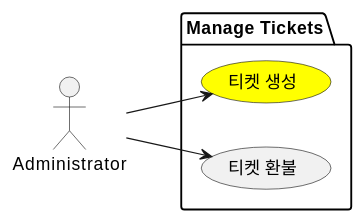
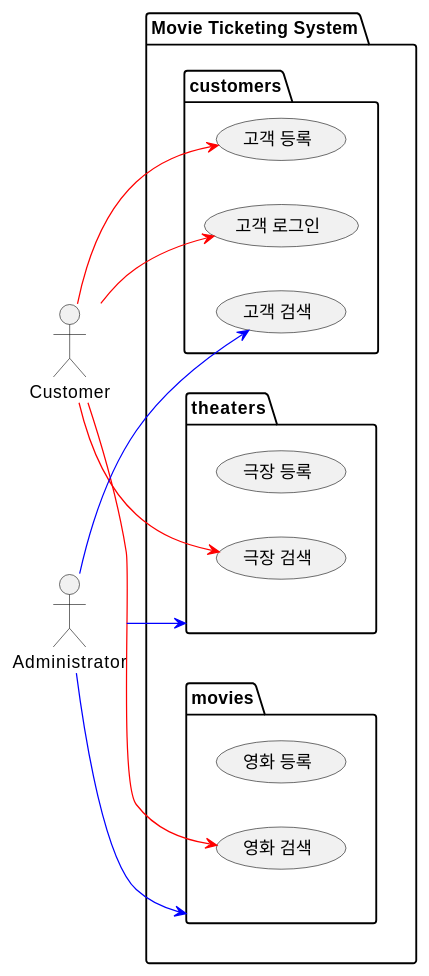
The second of 2 diagrams in docs/use-cases.md (mannercode/nest-seed), drawn with PlantUML before and after one commit. The commit also changed other lines of this file and 1 other file, not shown here.

````diff
--- a/docs/use-cases.md
+++ b/docs/use-cases.md
@@ -47,15 +55,37 @@
 ```plantuml
 @startuml
 left to right direction
 
+actor Customer
 actor Administrator
 
-package "Manage Tickets"{
-    usecase "티켓 생성" as GenerateTickets #yellow
-    usecase "티켓 환불" as RefundTickets
+package "Movie Ticketing System"{
+
+    package theaters {
+        usecase "극장 등록" as AddTheaters
+        usecase "극장 검색" as FindTheaters
+    }
+
+    package movies {
+        usecase "영화 등록" as AddMovies
+        usecase "영화 검색" as FindMovies
+    }
+
+    package customers {
+        usecase "고객 등록" as RegisterCustomer
+        usecase "고객 로그인" as LoginCustomer
+        usecase "고객 검색" as FindCustomers
+    }
 }
 
-Administrator --> GenerateTickets
-Administrator --> RefundTickets
+Customer --> RegisterCustomer #line:red
+Customer --> LoginCustomer #line:red
+Customer --> FindTheaters #line:red
+Customer --> FindMovies #line:red
+
+Administrator --> theaters #line:blue
+Administrator --> movies #line:blue
+Administrator --> FindCustomers #line:blue
+
 @enduml
 ```
````
